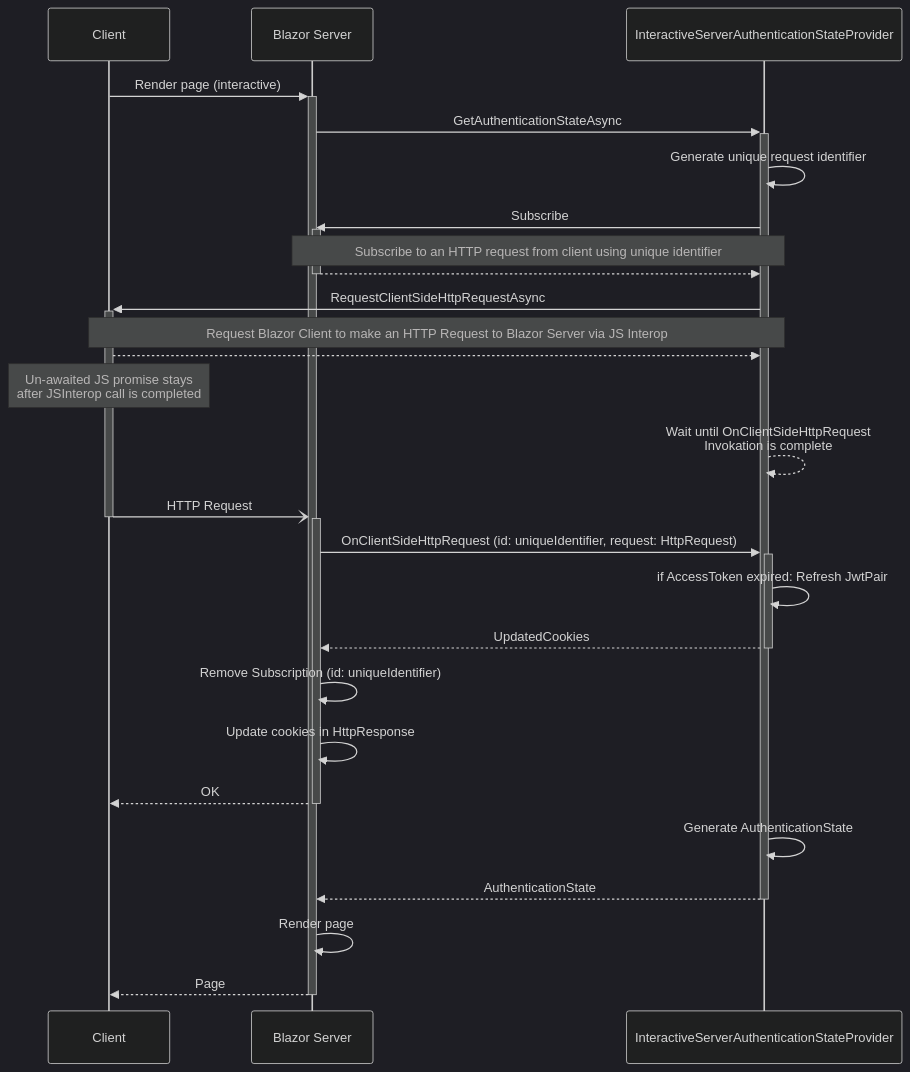
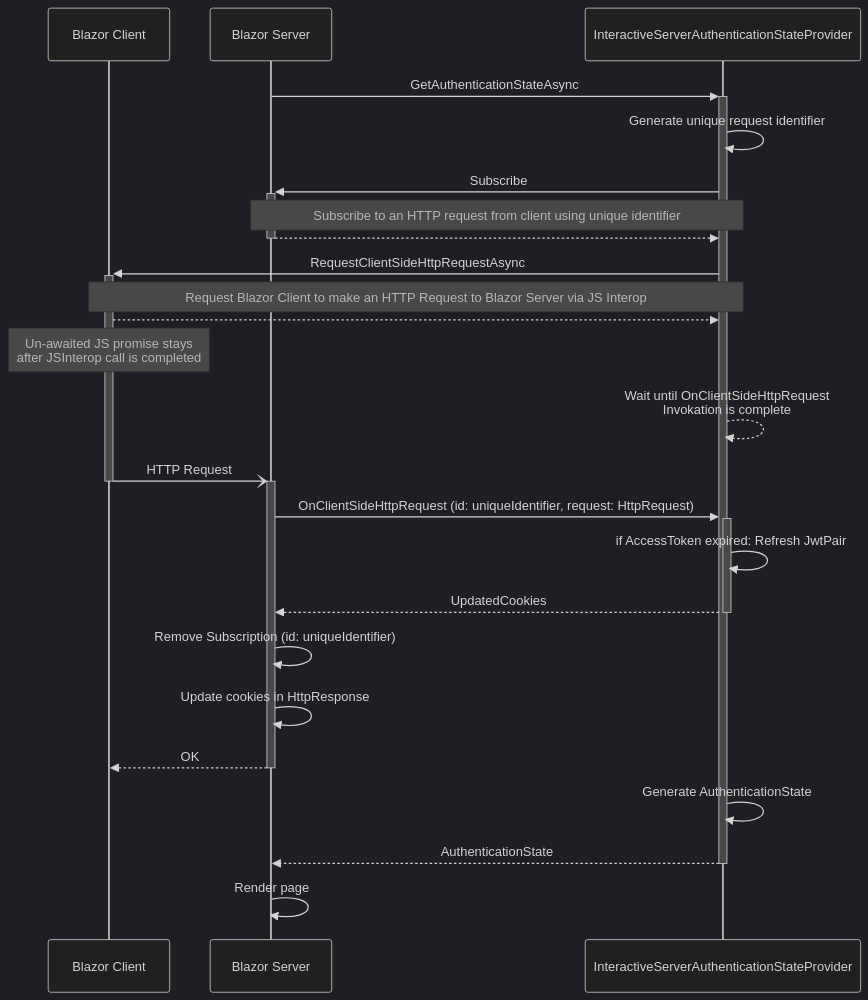
The second of 2 diagrams in docs/src/05.architecture.md (BitzArt/Blazor.Auth), drawn with Mermaid (dark theme) before and after one commit. The commit also changed other lines of this file, not shown here.

Commit message:
Update Architecture section in docs

````diff
--- a/docs/src/05.architecture.md
+++ b/docs/src/05.architecture.md
@@ -9,33 +34,31 @@
 ```mermaid 
 sequenceDiagram
 
-participant client as Client
+participant client as Blazor Client
 participant server as Blazor Server
 participant provider as InteractiveServerAuthenticationStateProvider
 
-client ->>+ server: Render page (interactive)
 server ->>+ provider: GetAuthenticationStateAsync
 provider ->> provider: Generate unique request identifier
 provider ->>+ server: Subscribe
 note over server,provider: Subscribe to an HTTP request from client using unique identifier
 server -->>- provider: 
 
 provider ->>+ client: RequestClientSideHttpRequestAsync
 note over client,provider: Request Blazor Client to make an HTTP Request to Blazor Server via JS Interop
 client -->> provider: 
 
 note over client: Un-awaited JS promise stays<br/>after JSInterop call is completed
 provider -->> provider: Wait until OnClientSideHttpRequest<br/>Invokation is complete
 client -)+ server: HTTP Request
 deactivate client
 server ->>+ provider: OnClientSideHttpRequest (id: uniqueIdentifier, request: HttpRequest)
 provider ->> provider: if AccessToken expired: Refresh JwtPair
 provider -->>- server: UpdatedCookies
 server ->> server: Remove Subscription (id: uniqueIdentifier)
 server ->> server: Update cookies in HttpResponse
 server -->>- client: OK
 provider ->> provider: Generate AuthenticationState
 provider -->>- server: AuthenticationState
 server ->> server: Render page
-server -->>- client: Page
 ```
````
